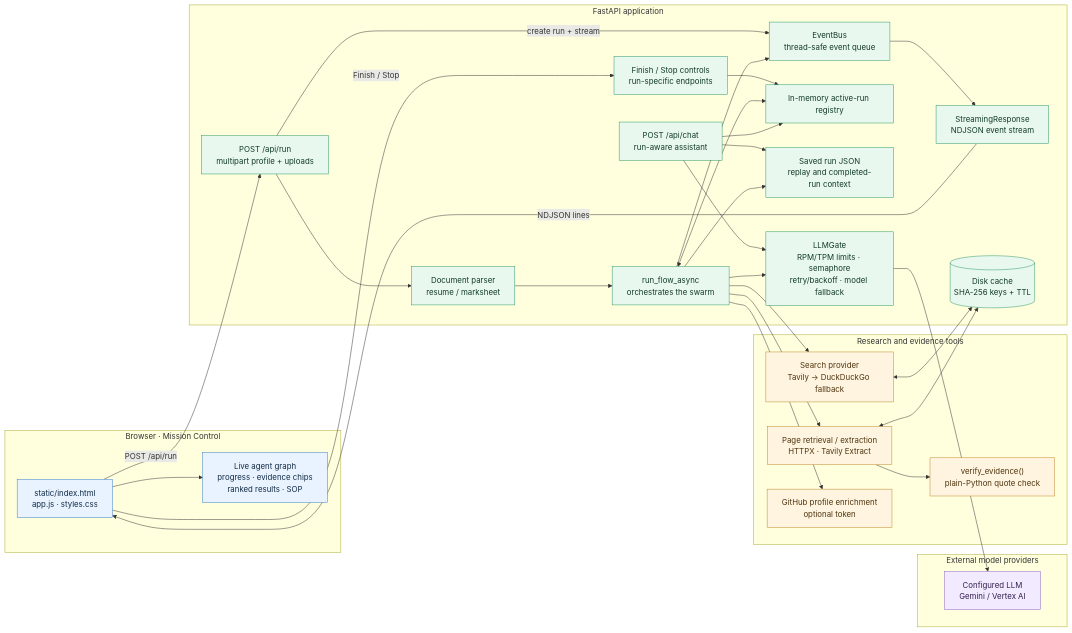
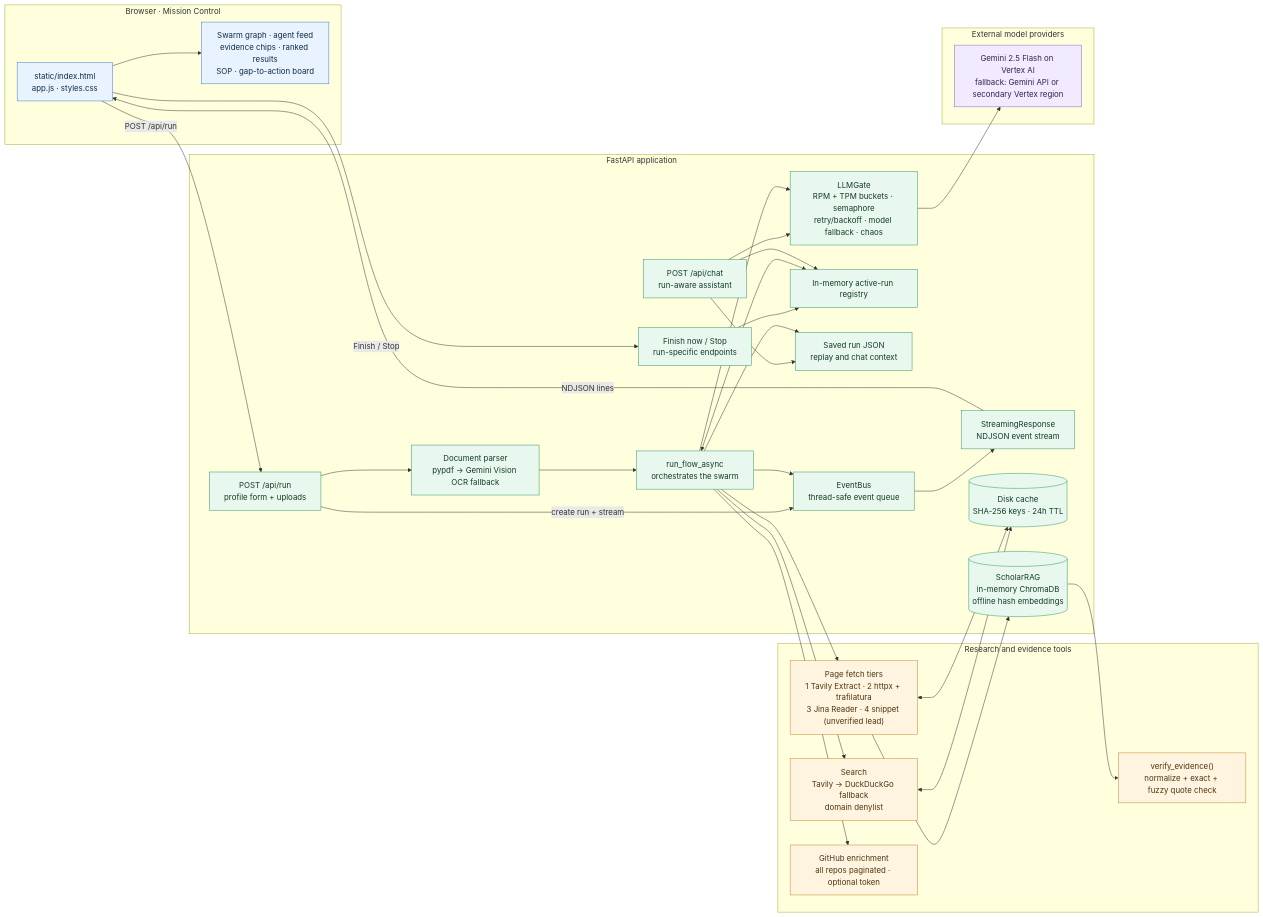
The first of 3 diagrams in docs/architecture.md (Svamsi2006/scholarship), drawn with Mermaid before and after one commit. The commit also changed other lines of this file, not shown here.

````diff
--- a/docs/architecture.md
+++ b/docs/architecture.md
@@ -9,60 +9,62 @@
 ```mermaid
 flowchart LR
   subgraph Browser["Browser · Mission Control"]
     UI["static/index.html<br/>app.js · styles.css"]
-    LIVE["Live agent graph<br/>progress · evidence chips<br/>ranked results · SOP"]
+    LIVE["Swarm graph · agent feed<br/>evidence chips · ranked results<br/>SOP · gap-to-action board"]
     UI --> LIVE
   end
 
   subgraph API["FastAPI application"]
-    RUN["POST /api/run<br/>multipart profile + uploads"]
-    PARSE["Document parser<br/>resume / marksheet"]
+    RUN["POST /api/run<br/>profile form + uploads"]
+    PARSE["Document parser<br/>pypdf → Gemini Vision OCR fallback"]
     FLOW["run_flow_async<br/>orchestrates the swarm"]
     BUS["EventBus<br/>thread-safe event queue"]
     STREAM["StreamingResponse<br/>NDJSON event stream"]
-    CONTROL["Finish / Stop controls<br/>run-specific endpoints"]
+    CONTROL["Finish now / Stop<br/>run-specific endpoints"]
     CHAT["POST /api/chat<br/>run-aware assistant"]
     REG["In-memory active-run registry"]
-    STORE["Saved run JSON<br/>replay and completed-run context"]
-    CACHE[("Disk cache<br/>SHA-256 keys + TTL")]
-    GATE["LLMGate<br/>RPM/TPM limits · semaphore<br/>retry/backoff · model fallback"]
+    STORE["Saved run JSON<br/>replay and chat context"]
+    CACHE[("Disk cache<br/>SHA-256 keys · 24h TTL")]
+    GATE["LLMGate<br/>RPM + TPM buckets · semaphore<br/>retry/backoff · model fallback · chaos"]
+    RAG[("ScholarRAG<br/>in-memory ChromaDB<br/>offline hash embeddings")]
   end
 
   subgraph Research["Research and evidence tools"]
-    SEARCH["Search provider<br/>Tavily → DuckDuckGo fallback"]
-    FETCH["Page retrieval / extraction<br/>HTTPX · Tavily Extract"]
-    GH["GitHub profile enrichment<br/>optional token"]
-    VERIFY["verify_evidence()<br/>plain-Python quote check"]
+    SEARCH["Search<br/>Tavily → DuckDuckGo fallback<br/>domain denylist"]
+    FETCH["Page fetch tiers<br/>1 Tavily Extract · 2 httpx + trafilatura<br/>3 Jina Reader · 4 snippet (unverified lead)"]
+    GH["GitHub enrichment<br/>all repos paginated · optional token"]
+    VERIFY["verify_evidence()<br/>normalize + exact + fuzzy quote check"]
   end
 
   subgraph Models["External model providers"]
-    LLM["Configured LLM<br/>Gemini / Vertex AI"]
+    LLM["Gemini 2.5 Flash on Vertex AI<br/>fallback: Gemini API or secondary Vertex region"]
   end
 
   UI -->|"POST /api/run"| RUN
   RUN --> PARSE --> FLOW
   RUN -->|"create run + stream"| BUS
   FLOW --> BUS --> STREAM -->|"NDJSON lines"| UI
   UI -->|"Finish / Stop"| CONTROL --> REG
   FLOW <--> REG
   CHAT --> REG
   CHAT --> STORE
   CHAT --> GATE
   FLOW --> SEARCH
   FLOW --> FETCH
   FLOW --> GH
+  FETCH --> RAG
+  RAG --> VERIFY
   SEARCH <--> CACHE
   FETCH <--> CACHE
-  FETCH --> VERIFY
   FLOW --> GATE --> LLM
   FLOW --> STORE
 
   classDef frontend fill:#e8f3ff,stroke:#377cc8,color:#122b45;
   classDef core fill:#e9f8ef,stroke:#299764,color:#123a27;
   classDef tool fill:#fff4df,stroke:#bf8628,color:#4e3510;
   classDef external fill:#f2eaff,stroke:#8b62c5,color:#35204f;
   class UI,LIVE frontend;
-  class RUN,PARSE,FLOW,BUS,STREAM,CONTROL,CHAT,REG,STORE,CACHE,GATE core;
+  class RUN,PARSE,FLOW,BUS,STREAM,CONTROL,CHAT,REG,STORE,CACHE,GATE,RAG core;
   class SEARCH,FETCH,GH,VERIFY tool;
   class LLM external;
 ```
````
